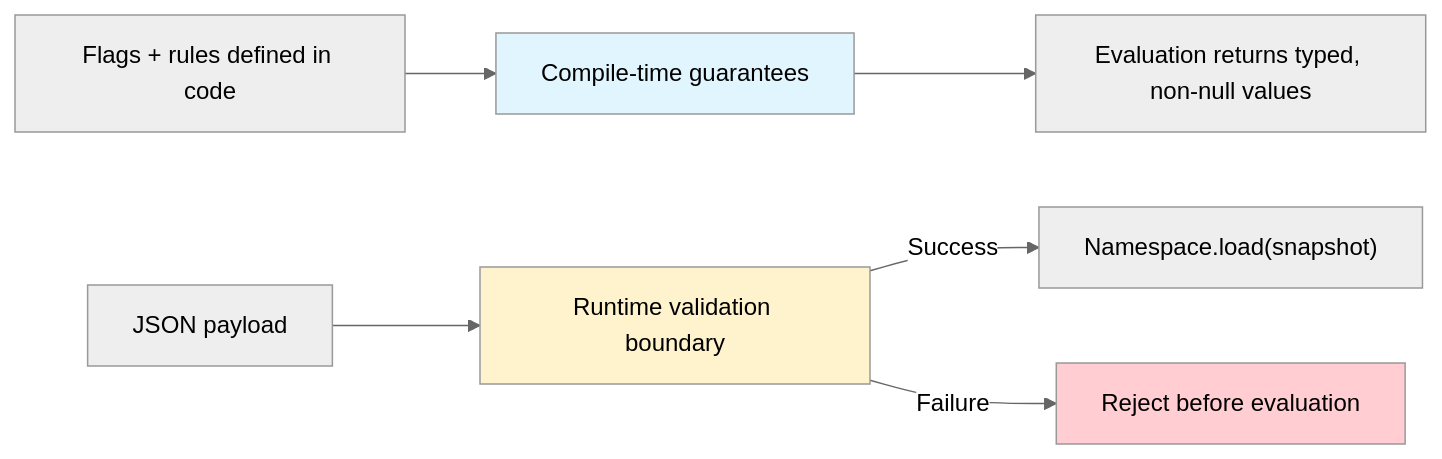
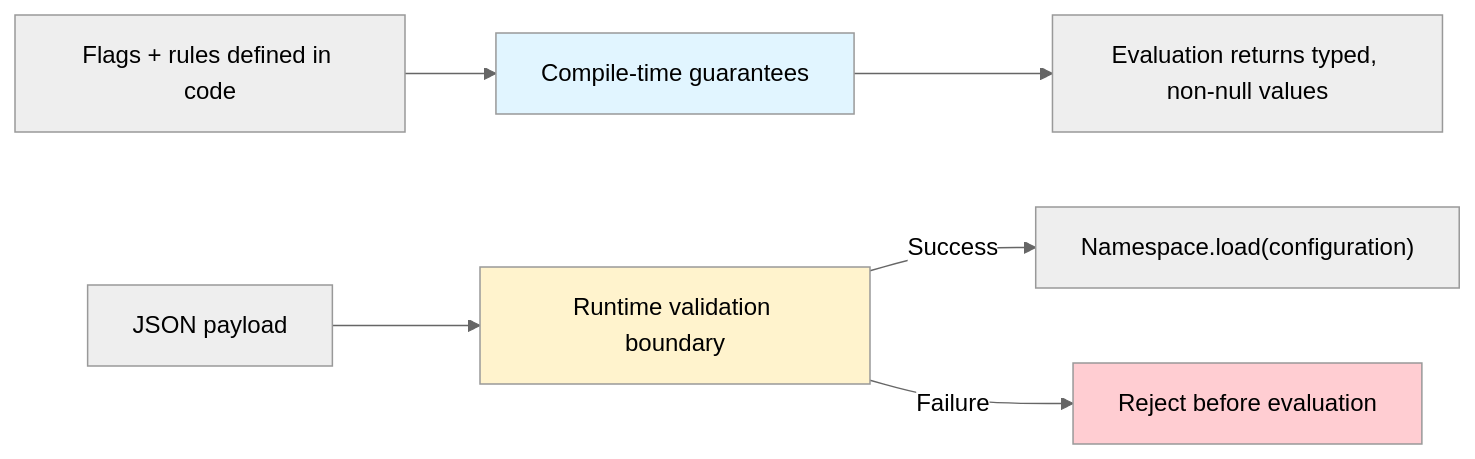
One commit to amichne/konditional changed the diagram in docs/07-theory.md. Above: the diagram before and after it, drawn with Mermaid (neutral theme). The commit also changed other lines of this file and 33 other files, not shown here.

````diff
--- a/docs/07-theory.md
+++ b/docs/07-theory.md
@@ -7,11 +7,11 @@
 ```mermaid
 flowchart LR
     Code["Flags + rules defined in code"] --> CT["Compile-time guarantees"]
     CT --> Eval["Evaluation returns typed, non-null values"]
     Json["JSON payload"] --> RT["Runtime validation boundary"]
-    RT -->|Success| Load["Namespace.load(snapshot)"]
+    RT -->|Success| Load["Namespace.load(configuration)"]
     RT -->|Failure| Reject["Reject before evaluation"]
     style CT fill: #e1f5ff
     style RT fill: #fff3cd
     style Reject fill: #ffcdd2
 ```
````
